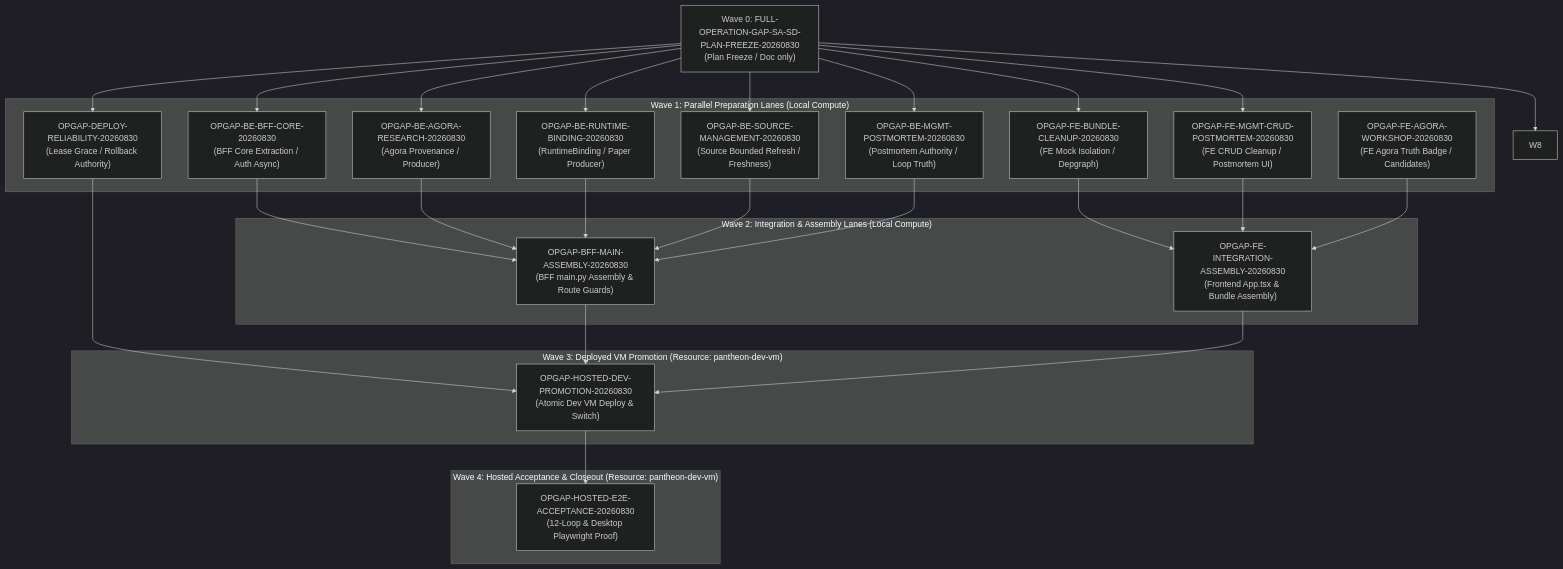
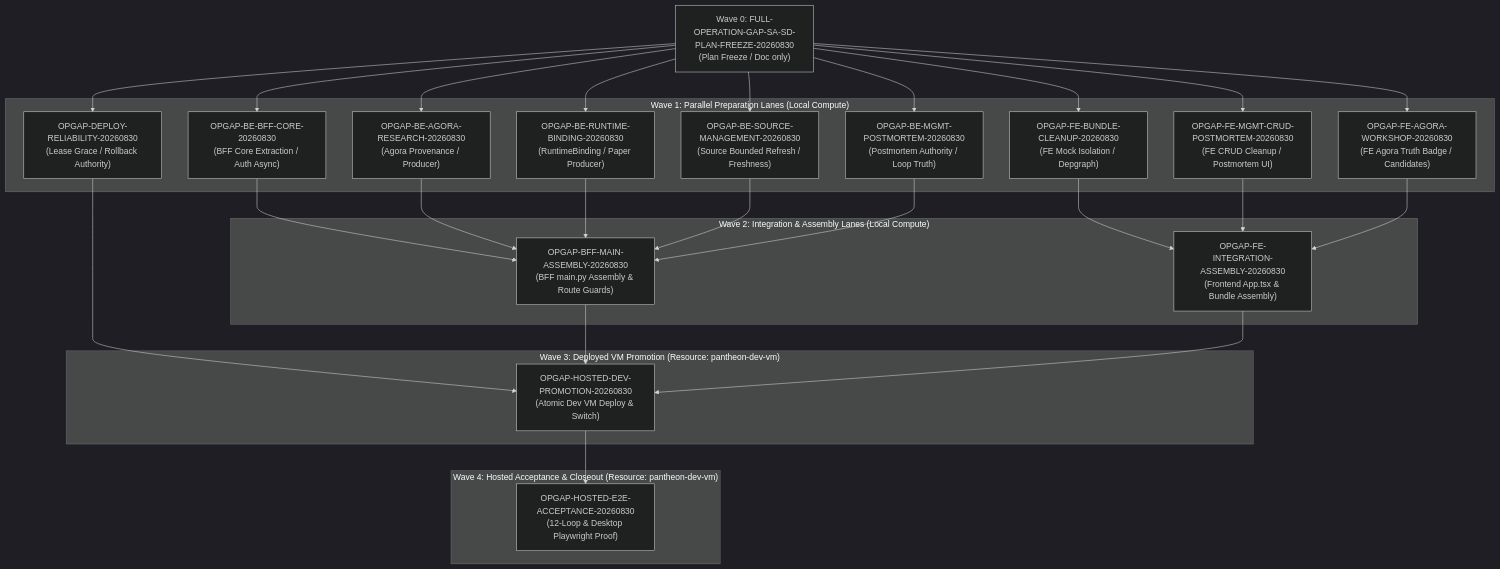
The diagram in docs/04/pantheon_full_product_operation_audit_2026-08-29/EXECUTION_DAG_2026-08-30.md (ajoe734/pantheon), drawn with Mermaid (dark theme) before and after one commit. The commit also changed other lines of this file and 4 other files, not shown here.

````diff
--- a/docs/04/pantheon_full_product_operation_audit_2026-08-29/EXECUTION_DAG_2026-08-30.md
+++ b/docs/04/pantheon_full_product_operation_audit_2026-08-29/EXECUTION_DAG_2026-08-30.md
@@ -31,55 +31,55 @@
 ```mermaid
 flowchart TD
     W0["Wave 0: FULL-OPERATION-GAP-SA-SD-PLAN-FREEZE-20260830<br/>(Plan Freeze / Doc only)"]
 
     subgraph Wave1 ["Wave 1: Parallel Preparation Lanes (Local Compute)"]
         T1["OPGAP-BE-BFF-CORE-20260830<br/>(BFF Core Extraction / Auth Async)"]
         T2["OPGAP-BE-AGORA-RESEARCH-20260830<br/>(Agora Provenance / Producer)"]
         T3["OPGAP-BE-RUNTIME-BINDING-20260830<br/>(RuntimeBinding / Paper Producer)"]
         T4["OPGAP-BE-SOURCE-MANAGEMENT-20260830<br/>(Source Bounded Refresh / Freshness)"]
         T5["OPGAP-BE-MGMT-POSTMORTEM-20260830<br/>(Postmortem Authority / Loop Truth)"]
         T6["OPGAP-FE-BUNDLE-CLEANUP-20260830<br/>(FE Mock Isolation / Depgraph)"]
         T7["OPGAP-FE-MGMT-CRUD-POSTMORTEM-20260830<br/>(FE CRUD Cleanup / Postmortem UI)"]
         T8["OPGAP-FE-AGORA-WORKSHOP-20260830<br/>(FE Agora Truth Badge / Candidates)"]
         T9["OPGAP-DEPLOY-RELIABILITY-20260830<br/>(Lease Grace / Rollback Authority)"]
     end
 
     subgraph Wave2 ["Wave 2: Integration & Assembly Lanes (Local Compute)"]
         T10["OPGAP-BFF-MAIN-ASSEMBLY-20260830<br/>(BFF main.py Assembly & Route Guards)"]
         T11["OPGAP-FE-INTEGRATION-ASSEMBLY-20260830<br/>(Frontend App.tsx & Bundle Assembly)"]
     end
 
     subgraph Wave3 ["Wave 3: Deployed VM Promotion (Resource: pantheon-dev-vm)"]
         T12["OPGAP-HOSTED-DEV-PROMOTION-20260830<br/>(Atomic Dev VM Deploy & Switch)"]
     end
 
     subgraph Wave4 ["Wave 4: Hosted Acceptance & Closeout (Resource: pantheon-dev-vm)"]
         T13["OPGAP-HOSTED-E2E-ACCEPTANCE-20260830<br/>(12-Loop & Desktop Playwright Proof)"]
     end
 
     W0 --> T1
     W0 --> T2
     W0 --> T3
     W0 --> T4
     W0 --> T5
     W0 --> T6
     W0 --> T7
-    W0 --> W8
+    W0 --> T8
     W0 --> T9
 
     T1 --> T10
     T2 --> T10
     T3 --> T10
     T4 --> T10
     T5 --> T10
 
     T6 --> T11
     T7 --> T11
     T8 --> T11
 
     T9 --> T12
     T10 --> T12
     T11 --> T12
 
     T12 --> T13
 ```
````
